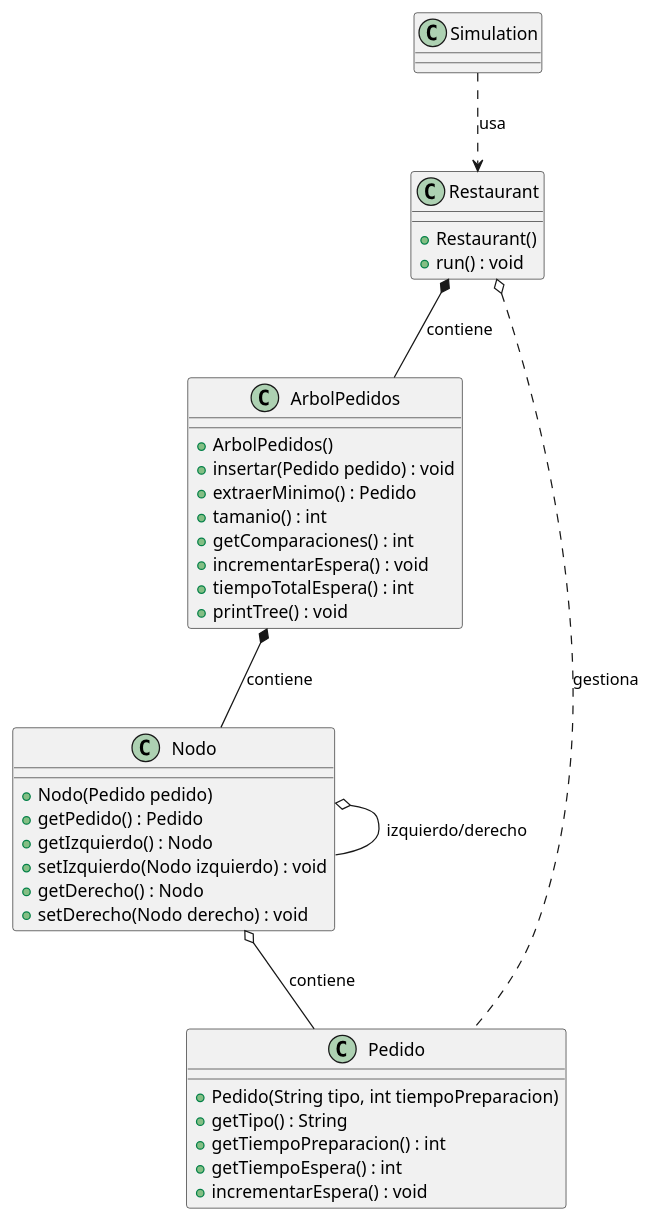
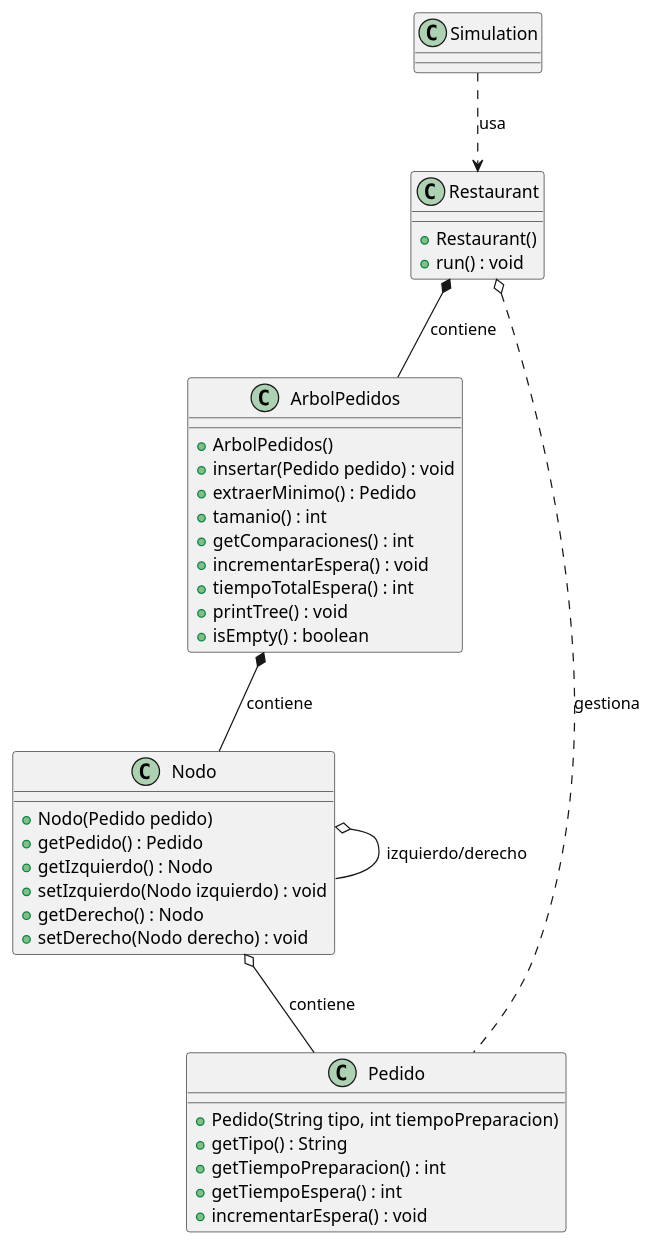
One commit to mmasias/25-26-EDA1 changed the diagram in entregas/masiasManuel/DdC-simple.puml. Above: the diagram before and after it, drawn with PlantUML. The commit also changed 4 other files, not shown here.

```diff
--- a/entregas/masiasManuel/DdC-simple.puml
+++ b/entregas/masiasManuel/DdC-simple.puml
@@ -1,46 +1,47 @@
 @startuml
 
 class Simulation {
 }
 
 class Restaurant {
   + Restaurant()
   + run() : void
 }
 
 class ArbolPedidos {
   + ArbolPedidos()
   + insertar(Pedido pedido) : void
   + extraerMinimo() : Pedido
   + tamanio() : int
   + getComparaciones() : int
   + incrementarEspera() : void
   + tiempoTotalEspera() : int
   + printTree() : void
+  + isEmpty() : boolean
 }
 
 class Pedido {
   + Pedido(String tipo, int tiempoPreparacion)
   + getTipo() : String
   + getTiempoPreparacion() : int
   + getTiempoEspera() : int
   + incrementarEspera() : void
 }
 
 class Nodo {
   + Nodo(Pedido pedido)
   + getPedido() : Pedido
   + getIzquierdo() : Nodo
   + setIzquierdo(Nodo izquierdo) : void
   + getDerecho() : Nodo
   + setDerecho(Nodo derecho) : void
 }
 
 Simulation ..> Restaurant : usa
 Restaurant *-- ArbolPedidos : contiene
 Restaurant o.. Pedido : gestiona
 ArbolPedidos *-- Nodo : contiene
 Nodo o-- Pedido : contiene
 Nodo o-- Nodo : izquierdo/derecho
 
 @enduml
```
